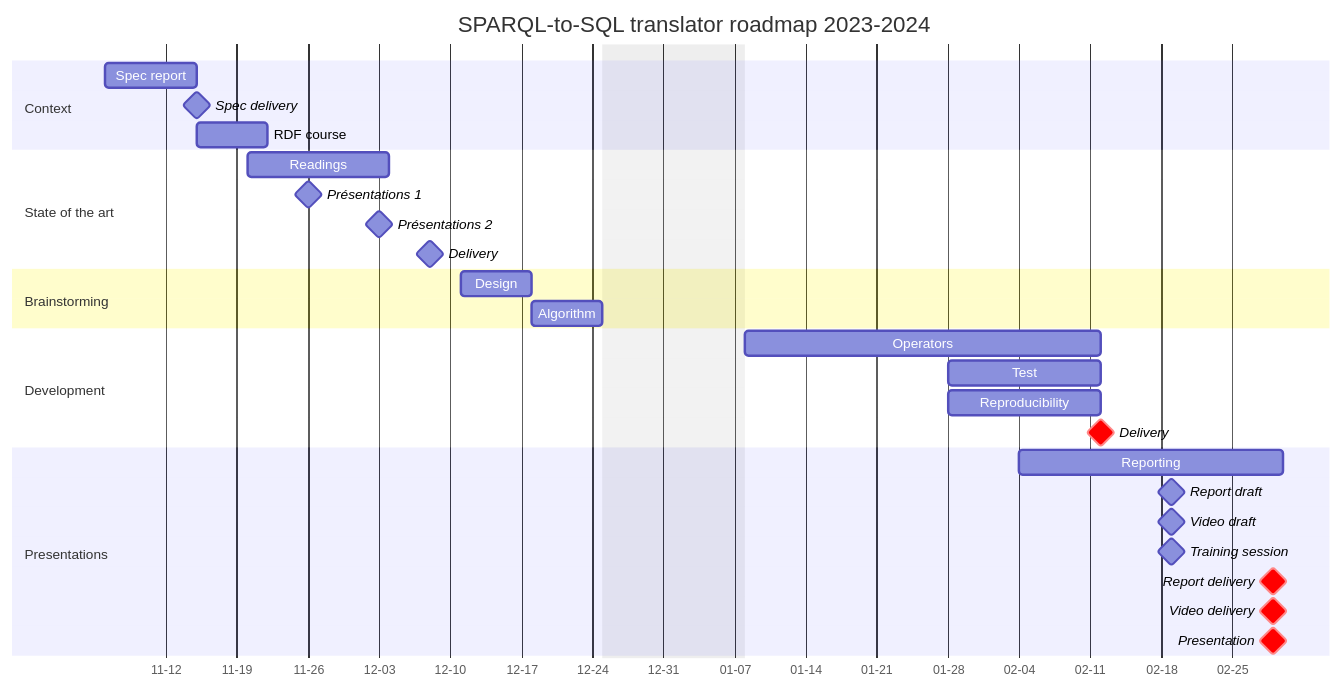
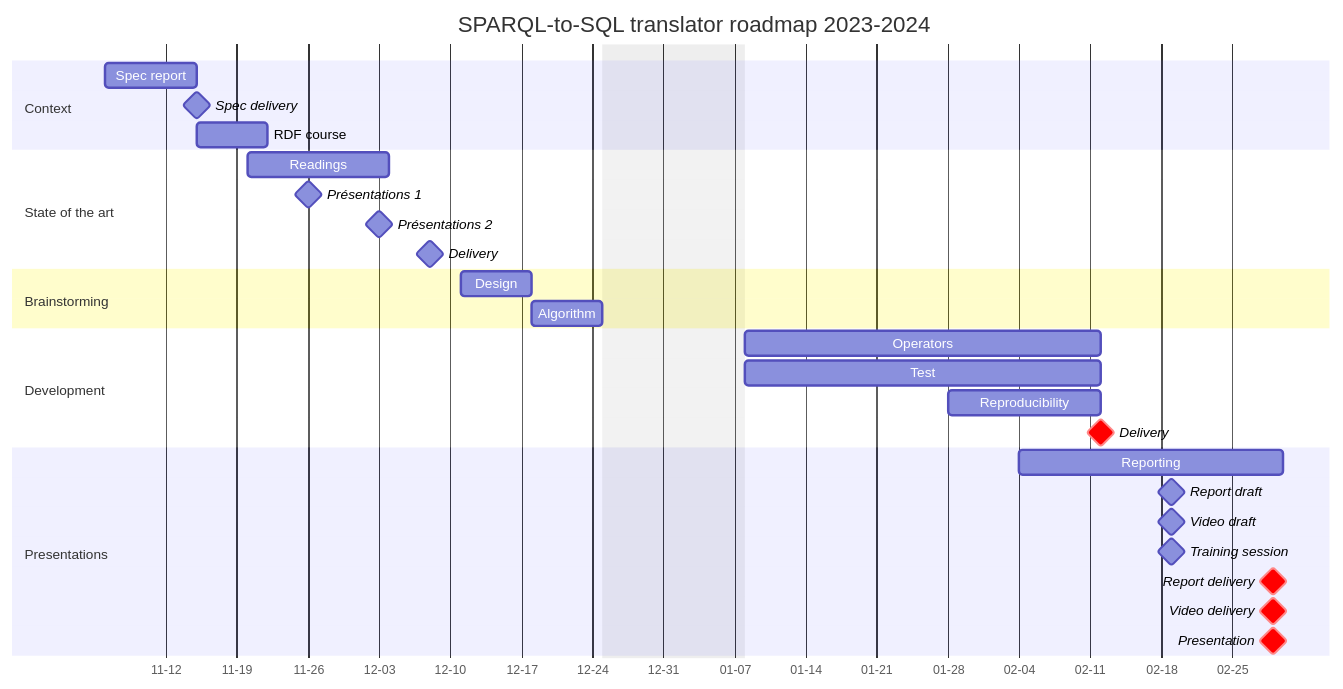
Before and after one commit to jpg-research/projects: the diagram in urban-knowledge-hub/README.md, drawn with Mermaid.

````diff
--- a/urban-knowledge-hub/README.md
+++ b/urban-knowledge-hub/README.md
@@ -17,37 +17,37 @@
 ```mermaid
 gantt
 	title SPARQL-to-SQL translator roadmap 2023-2024
 	dateFormat YYYY-MM-DD
 	excludes 2023-12-25, 2023-12-26, 2023-12-27, 2023-12-28, 2023-12-29, 2023-12-30, 2023-12-31, 2024-01-01, 2024-01-02, 2024-01-03, 2024-01-04, 2024-01-05, 2024-01-06, 2024-01-07
 	axisFormat %m-%d
 	
 	section Context
 	Spec report             : sp1, 2023-11-06, 9d
 	Spec delivery           : milestone, m0, after sp1, 0d
 	RDF course              : sp2, after sp1, 7d
 
 	section State of the art
 	Readings                : s1, 2023-11-20, 14d
 	Présentations 1         : milestone, pr1, 2023-11-26, 0d
 	Présentations 2         : milestone, pr2, 2023-12-03, 0d
 	Delivery                : milestone, s0, 2023-12-08, 0d
 
 	section Brainstorming
 	Design                  : b1, 2023-12-11, 7d
 	Algorithm               : b2, after b1, 7d
 
 	section Development
 	Operators               : d1, 2024-01-08, 35d
-	Test                    : d2, 2024-01-28, 15d
+	Test                    : d2, 2024-01-08, 35d
 	Reproducibility         : d3, 2024-01-28, 15d
 	Delivery                : crit, milestone, d4, after d1 d2, 0d
 
 	section Presentations
 	Reporting               : r1, 2024-02-04, 26d
 	Report draft            : milestone, r0, 2024-02-19, 0d
 	Video draft             : milestone, r1, 2024-02-19, 0d
 	Training session        : milestone, t0, 2024-02-19, 0d
 	Report delivery         : crit, milestone, m3, 2024-02-29, 0d
 	Video delivery          : crit, milestone, m1, 2024-02-29, 0d
 	Presentation            : crit, milestone, m2, 2024-02-29, 0d
 ```
````
